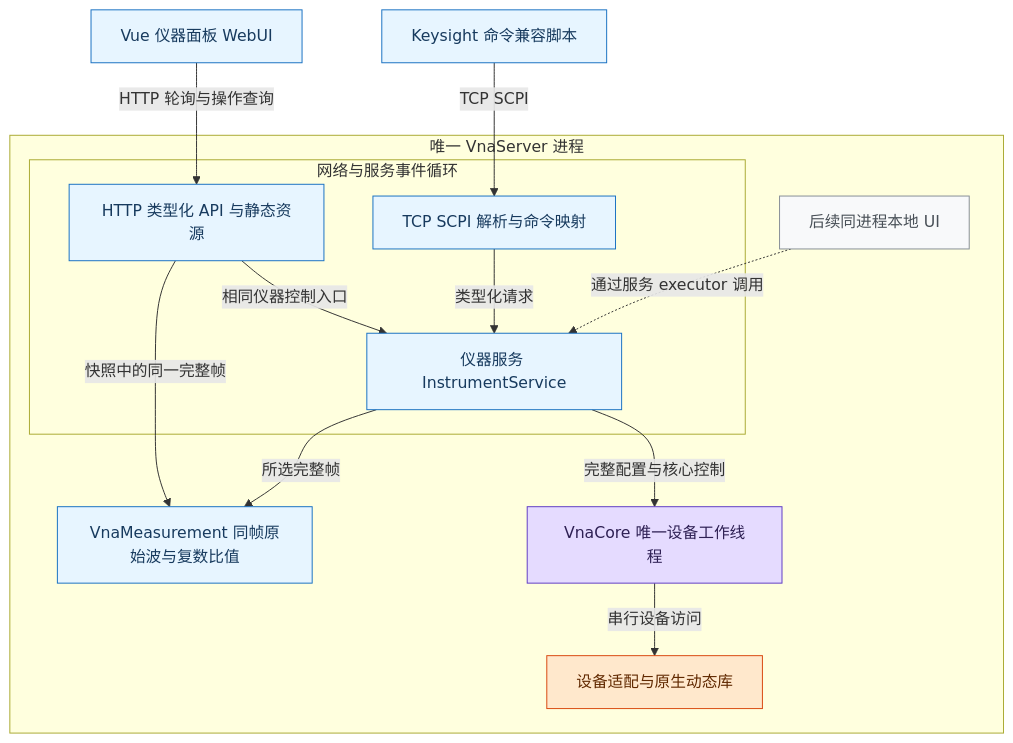
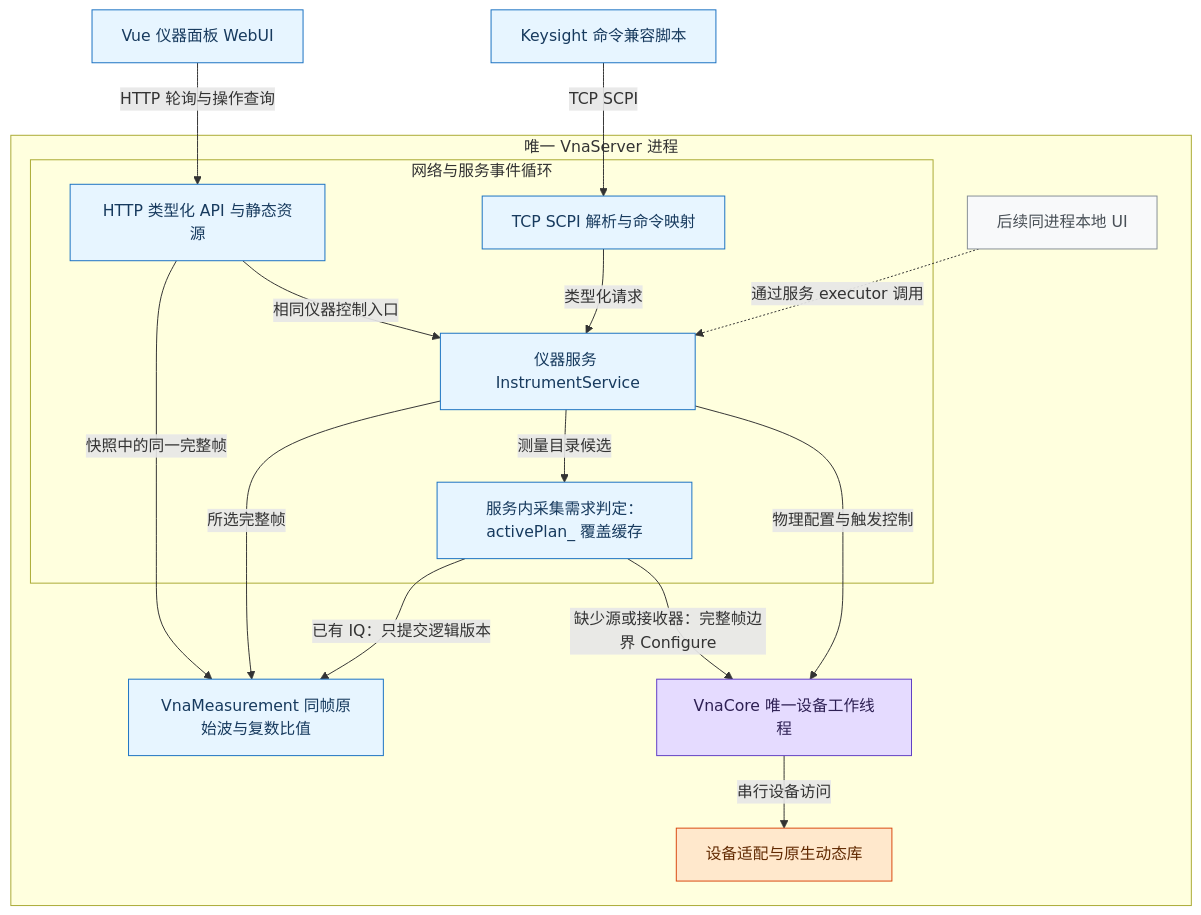
One commit to aniping/VnaPro changed the first of 4 diagrams in docs/网分服务与远程控制设计.md. Above: the diagram before and after it, drawn with Mermaid. The commit also changed other lines of this file and 7 other files, not shown here.

````diff
--- a/docs/网分服务与远程控制设计.md
+++ b/docs/网分服务与远程控制设计.md
@@ -29,33 +31,37 @@
 ```mermaid
 flowchart TB
     script["Keysight 命令兼容脚本"]
     webui["Vue 仪器面板 WebUI"]
     subgraph process["唯一 VnaServer 进程"]
         local["后续同进程本地 UI"]
         subgraph io["网络与服务事件循环"]
             scpi["TCP SCPI 解析与命令映射"]
             web["HTTP 类型化 API 与静态资源"]
             service["仪器服务 InstrumentService"]
+            demand["服务内采集需求判定：activePlan_ 覆盖缓存"]
             scpi -->|类型化请求| service
             web -->|相同仪器控制入口| service
         end
         core["VnaCore 唯一设备工作线程"]
         native["设备适配与原生动态库"]
         measurement["VnaMeasurement 同帧原始波与复数比值"]
-        service -->|完整配置与核心控制| core
+        service -->|物理配置与触发控制| core
+        service -->|测量目录候选| demand
+        demand -->|缺少源或接收器：完整帧边界 Configure| core
+        demand -->|已有 IQ：只提交逻辑版本| measurement
         service -->|所选完整帧| measurement
         web -->|快照中的同一完整帧| measurement
         core -->|串行设备访问| native
     end
     script -->|TCP SCPI| scpi
     webui -->|HTTP 轮询与操作查询| web
     local -.->|通过服务 executor 调用| service
     classDef current fill:#e7f5ff,stroke:#1971c2,color:#173a5e;
     classDef worker fill:#e5dbff,stroke:#5f3dc4,color:#2e2054;
     classDef future fill:#f8f9fa,stroke:#868e96,color:#495057;
     classDef device fill:#ffe8cc,stroke:#d9480f,color:#612900;
-    class script,scpi,service,webui,web,measurement current;
+    class script,scpi,service,demand,webui,web,measurement current;
     class core worker;
     class local future;
     class native device;
 ```
````
